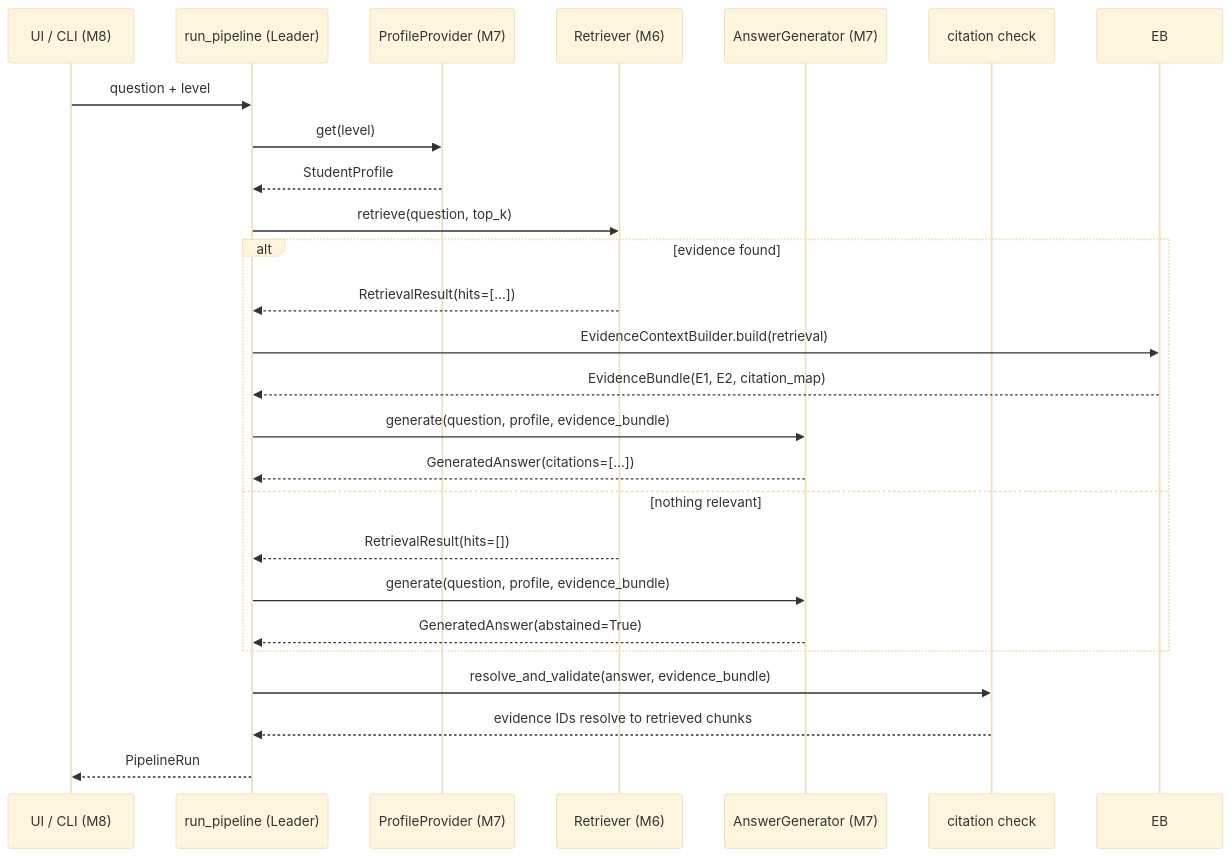
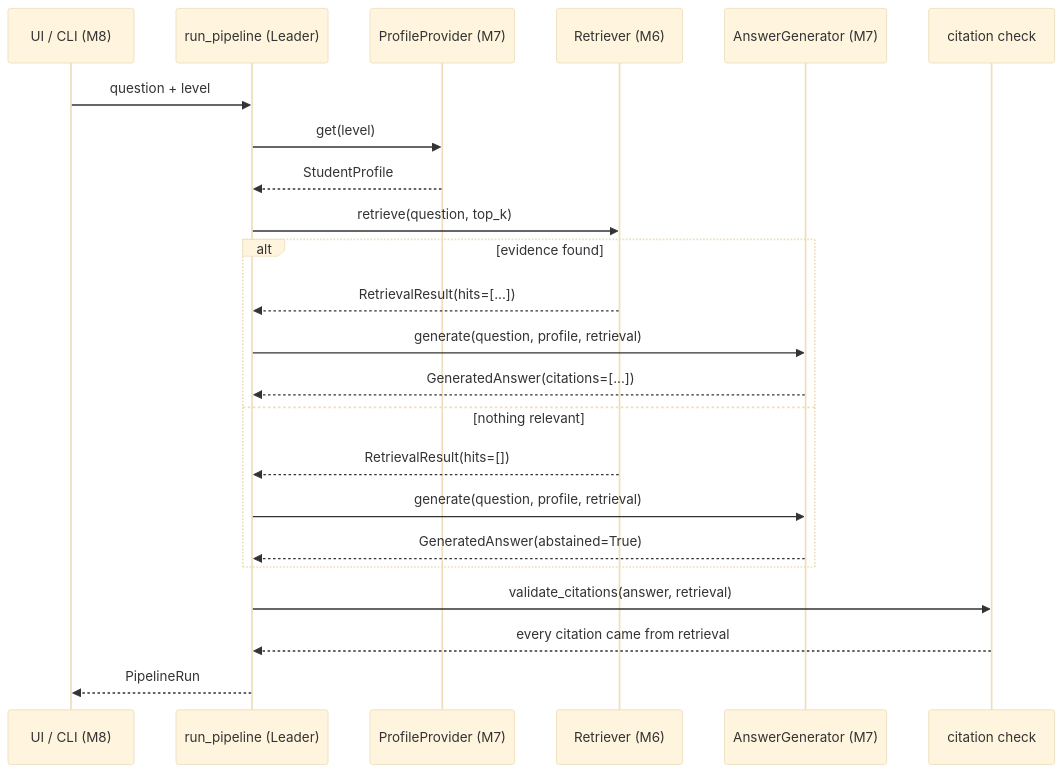
Before and after one commit to yshe0376/cs30-personalised-rag: the second of 2 diagrams in docs/architecture-week1.md, drawn with Mermaid (base theme). The commit also changed 25 other files, not shown here.

````diff
--- a/docs/architecture-week1.md
+++ b/docs/architecture-week1.md
@@ -70,28 +70,26 @@
 ```mermaid
 sequenceDiagram
     participant UI as UI / CLI (M8)
     participant PL as run_pipeline (Leader)
     participant PR as ProfileProvider (M7)
     participant RT as Retriever (M6)
     participant GN as AnswerGenerator (M7)
     participant CK as citation check
 
     UI->>PL: question + level
     PL->>PR: get(level)
     PR-->>PL: StudentProfile
     PL->>RT: retrieve(question, top_k)
     alt evidence found
         RT-->>PL: RetrievalResult(hits=[...])
-        PL->>EB: EvidenceContextBuilder.build(retrieval)
-        EB-->>PL: EvidenceBundle(E1, E2, citation_map)
-        PL->>GN: generate(question, profile, evidence_bundle)
+        PL->>GN: generate(question, profile, retrieval)
         GN-->>PL: GeneratedAnswer(citations=[...])
     else nothing relevant
         RT-->>PL: RetrievalResult(hits=[])
-        PL->>GN: generate(question, profile, evidence_bundle)
+        PL->>GN: generate(question, profile, retrieval)
         GN-->>PL: GeneratedAnswer(abstained=True)
     end
-    PL->>CK: resolve_and_validate(answer, evidence_bundle)
-    CK-->>PL: evidence IDs resolve to retrieved chunks
+    PL->>CK: validate_citations(answer, retrieval)
+    CK-->>PL: every citation came from retrieval
     PL-->>UI: PipelineRun
 ```
````
